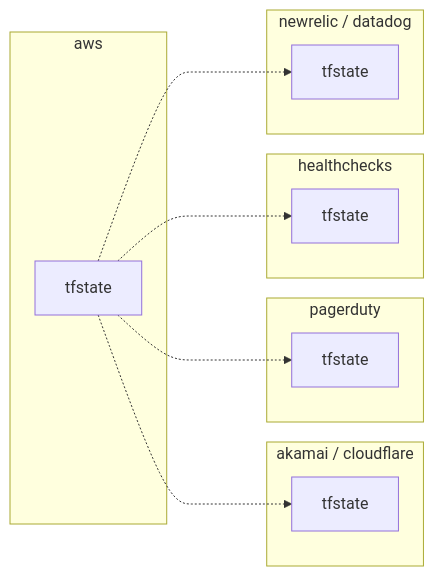
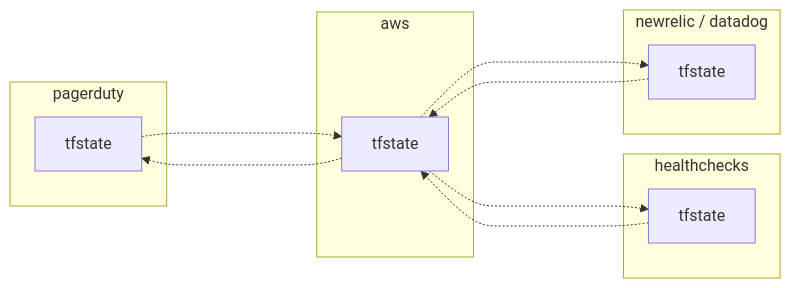
The fifth of 7 diagrams in dist/draft/Terraformのtfstateファイルの分割手法.md (hiroki-it/hatenablog), drawn with Mermaid before and after one commit. The commit also changed other lines of this file, not shown here.

````diff
--- a/dist/draft/Terraformのtfstateファイルの分割手法.md
+++ b/dist/draft/Terraformのtfstateファイルの分割手法.md
@@ -395,23 +396,22 @@
 ```mermaid
 %%{init:{'theme':'natural'}}%%
 flowchart LR
-    subgraph akamai / cloudflare
-        Akamai_Cloudflare[tfstate]
-    end
     subgraph pagerduty
         PagerDuty["tfstate"]
     end
     subgraph healthchecks
         Healthchecks[tfstate]
     end
     subgraph newrelic / datadog
         Newrelic_Datadog[tfstate]
     end
     subgraph aws
         Aws[tfstate]
     end
-    Aws -..-> Newrelic_Datadog
-    Aws -..-> Akamai_Cloudflare
-    Aws -..-> Healthchecks
-    Aws -..-> PagerDuty
+    Aws -...-> Newrelic_Datadog
+    Aws -...-> Healthchecks
+    Aws -...-> PagerDuty
+    Newrelic_Datadog -...-> Aws
+    Healthchecks -...-> Aws
+    PagerDuty -...-> Aws
 ```
````
